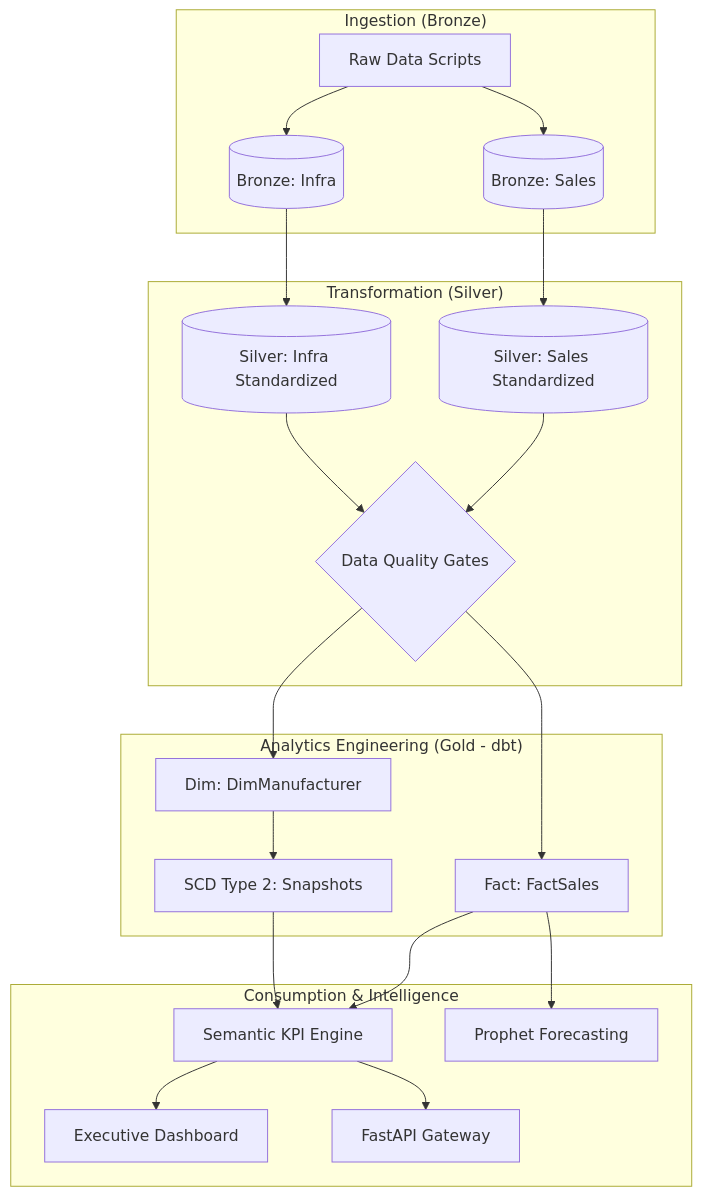
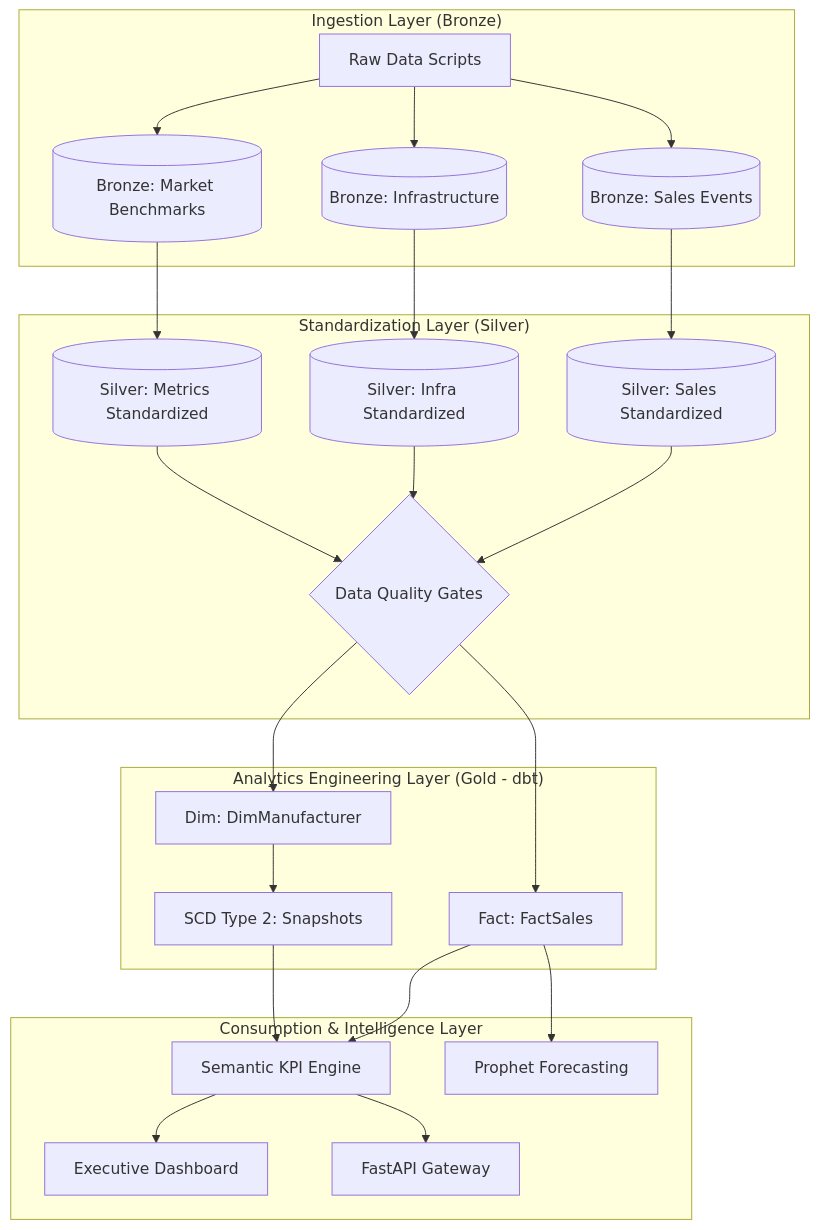
One commit to prachichoudhary2004/EV-Intelligence-Analytics-Platform changed the diagram in README.md. Above: the diagram before and after it, drawn with Mermaid. The commit also changed other lines of this file, not shown here.

````diff
--- a/README.md
+++ b/README.md
@@ -24,27 +21,29 @@
 ```mermaid
 graph TD
-    subgraph "Ingestion (Bronze)"
-        RAW[Raw Data Scripts] --> B1[(Bronze: Sales)]
-        RAW --> B2[(Bronze: Infra)]
+    subgraph "Ingestion Layer (Bronze)"
+        RAW[Raw Data Scripts] --> B1[(Bronze: Sales Events)]
+        RAW --> B2[(Bronze: Infrastructure)]
+        RAW --> B3[(Bronze: Market Benchmarks)]
     end
 
-    subgraph "Transformation (Silver)"
+    subgraph "Standardization Layer (Silver)"
         B1 --> S1[(Silver: Sales Standardized)]
         B2 --> S2[(Silver: Infra Standardized)]
-        S1 & S2 --> DQ{Data Quality Gates}
+        B3 --> S3[(Silver: Metrics Standardized)]
+        S1 & S2 & S3 --> DQ{Data Quality Gates}
     end
 
-    subgraph "Analytics Engineering (Gold - dbt)"
+    subgraph "Analytics Engineering Layer (Gold - dbt)"
         DQ --> FCT[Fact: FactSales]
         DQ --> DIM[Dim: DimManufacturer]
         DIM --> SNP[SCD Type 2: Snapshots]
     end
 
-    subgraph "Consumption & Intelligence"
+    subgraph "Consumption & Intelligence Layer"
         FCT --> KPI[Semantic KPI Engine]
         SNP --> KPI
         KPI --> Dash[Executive Dashboard]
         KPI --> API[FastAPI Gateway]
         FCT --> ML[Prophet Forecasting]
     end
 ```
````
